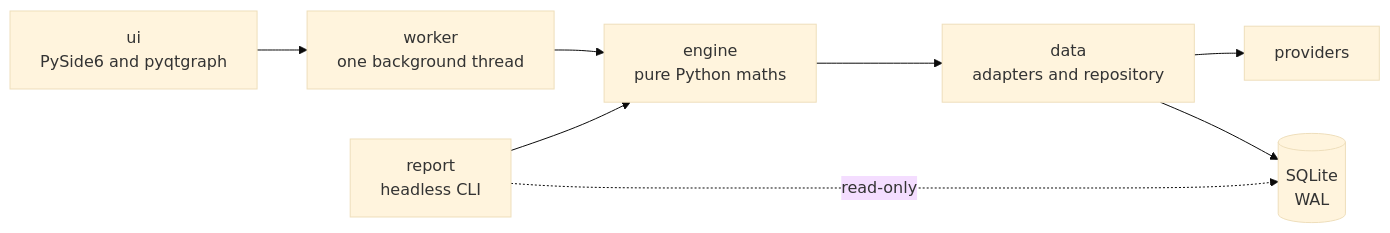
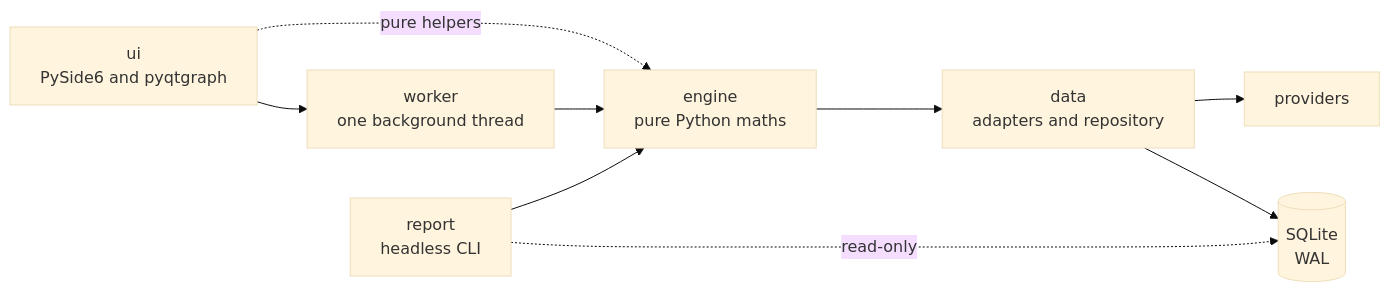
One commit to 5Muawiyah/MAHAD changed the first of 2 diagrams in docs/architecture.md. Above: the diagram before and after it, drawn with Mermaid (base theme). The commit also changed other lines of this file, not shown here.

````diff
--- a/docs/architecture.md
+++ b/docs/architecture.md
@@ -9,10 +9,11 @@
 ```mermaid
 flowchart LR
     UI["ui<br/>PySide6 and pyqtgraph"] --> W["worker<br/>one background thread"]
+    UI -. "pure helpers" .-> E
     W --> E["engine<br/>pure Python maths"]
     E --> D["data<br/>adapters and repository"]
     D --> P["providers"]
     D --> DB[("SQLite<br/>WAL")]
     R["report<br/>headless CLI"] --> E
     R -. "read-only" .-> DB
 ```
````
